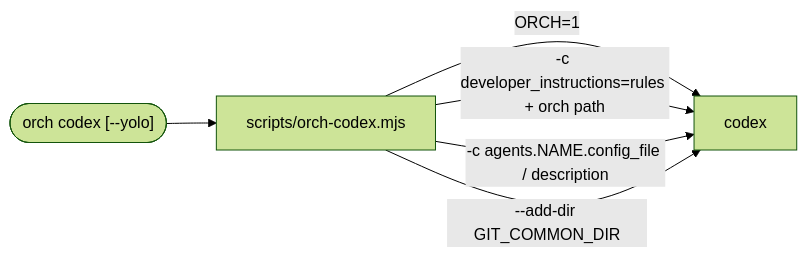
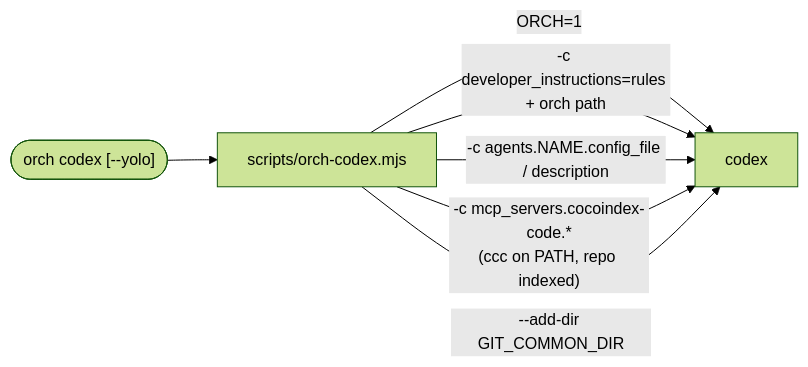
The fourth of 9 diagrams in docs/ARCHITECTURE.md (crafts69guy/orchestra), drawn with Mermaid (forest theme) before and after one commit. The commit also changed other lines of this file and 19 other files, not shown here.

First line of the commit message:
feat(cli): manage cocoindex-code through the launchers (v0.7.0)

````diff
--- a/docs/ARCHITECTURE.md
+++ b/docs/ARCHITECTURE.md
@@ -147,8 +149,9 @@
 ```mermaid
 flowchart LR
   dev(["orch codex [--yolo]"]) --> launcher["scripts/orch-codex.mjs"]
   launcher -->|"ORCH=1"| codex["codex"]
   launcher -->|"-c developer_instructions=rules + orch path"| codex
   launcher -->|"-c agents.NAME.config_file / description"| codex
+  launcher -->|"-c mcp_servers.cocoindex-code.*<br/>(ccc on PATH, repo indexed)"| codex
   launcher -->|"--add-dir GIT_COMMON_DIR"| codex
 ```
````
